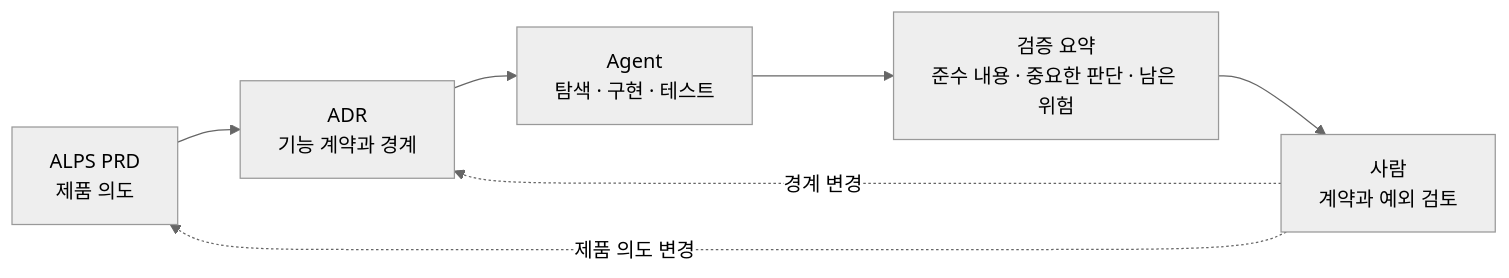
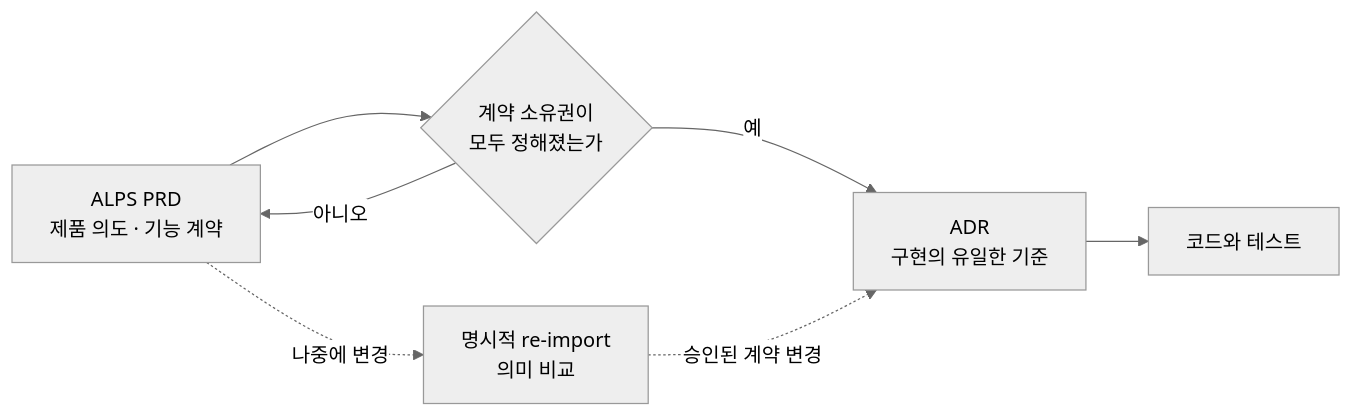
The first of 2 diagrams in _posts/2026-07-25-alps-adr-abstraction-boundaries.md (haandol/haandol.github.com), drawn with Mermaid (neutral theme) before and after one commit. The commit also changed other lines of this file, not shown here.

Commit message:
Update ALPS and ADR workflow post

````diff
--- a/_posts/2026-07-25-alps-adr-abstraction-boundaries.md
+++ b/_posts/2026-07-25-alps-adr-abstraction-boundaries.md
@@ -123,9 +103,9 @@
 ```mermaid
 flowchart LR
-    P["ALPS PRD<br/>제품 의도"] --> A["ADR<br/>기능 계약과 경계"]
-    A --> I["Agent<br/>탐색 · 구현 · 테스트"]
-    I --> E["검증 요약<br/>준수 내용 · 중요한 판단 · 남은 위험"]
-    E --> R["사람<br/>계약과 예외 검토"]
-    R -. "제품 의도 변경" .-> P
-    R -. "경계 변경" .-> A
+    P["ALPS PRD<br/>제품 의도 · 기능 계약"] --> H{"계약 소유권이<br/>모두 정해졌는가"}
+    H -- "아니오" --> P
+    H -- "예" --> A["ADR<br/>구현의 유일한 기준"]
+    A --> C["코드와 테스트"]
+    P -. "나중에 변경" .-> R["명시적 re-import<br/>의미 비교"]
+    R -. "승인된 계약 변경" .-> A
 ```
````
